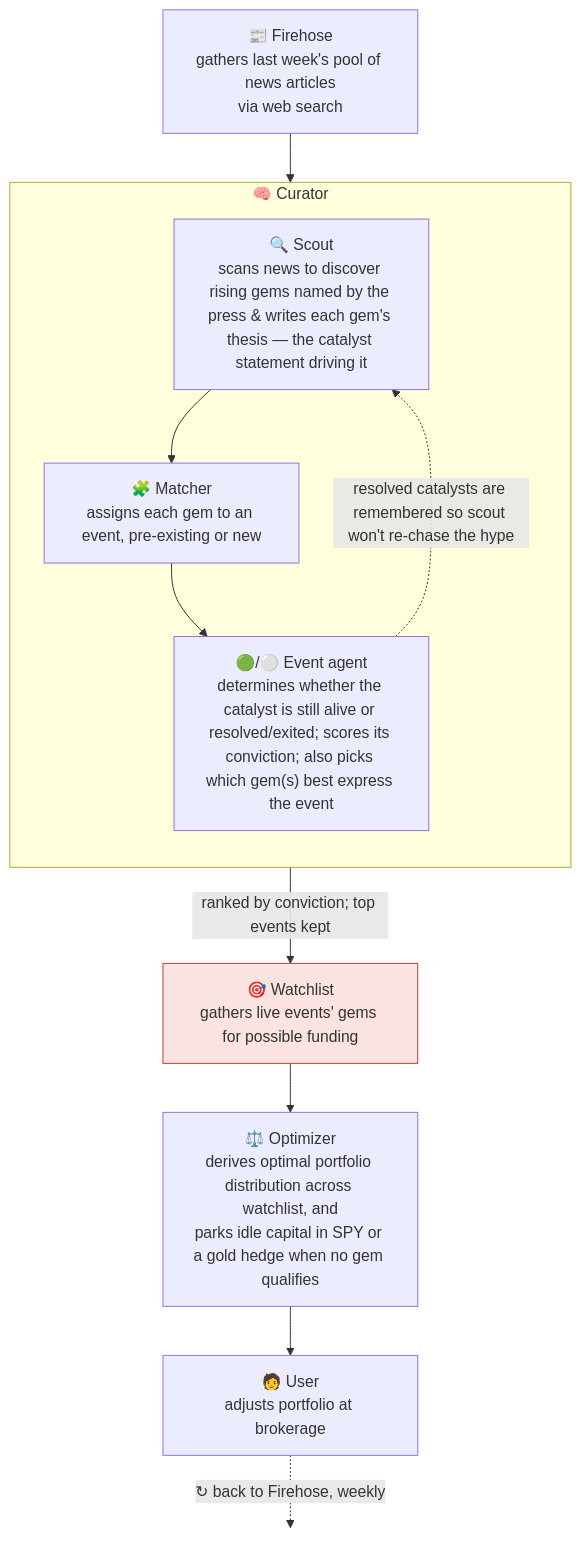
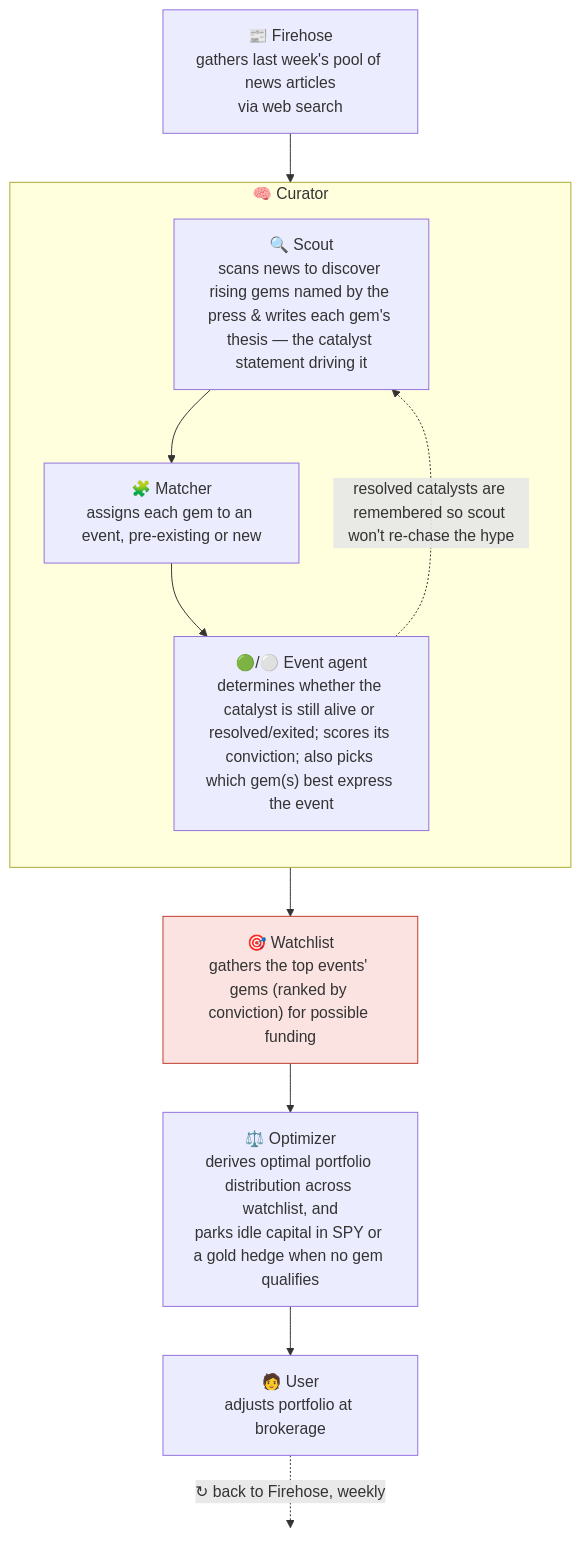
One commit to joehahn/geo-herd-rider changed the diagram in README.md. Above: the diagram before and after it, drawn with Mermaid.

Commit message:
README diagram: fold conviction ranking into the Watchlist box (drop the edge label)

````diff
--- a/README.md
+++ b/README.md
@@ -18,26 +18,26 @@
 ```mermaid
 flowchart TD
     S["📰 Firehose<br/>gathers last week's pool of news articles<br/>via web search"]
     S --> SC
 
     subgraph CUR["🧠 Curator"]
       direction TB
       SC["🔍 Scout<br/>scans news to discover rising gems named by the press & writes each gem's thesis — the catalyst statement driving it"]
       MA["🧩 Matcher<br/>assigns each gem to an event, pre-existing or new"]
       AG["🟢/⚪ Event agent<br/>determines whether the catalyst is still alive or resolved/exited; scores its conviction; also picks which gem(s) best express the event"]
       SC --> MA --> AG
     end
 
-    E["🎯 Watchlist<br/>gathers live events' gems for possible funding"]
+    E["🎯 Watchlist<br/>gathers the top events' gems (ranked by conviction) for possible funding"]
     W["⚖️ Optimizer<br/>derives optimal portfolio distribution across watchlist, and<br/>parks idle capital in SPY or a gold hedge when no gem qualifies"]
     U["🧑 User<br/>adjusts portfolio at brokerage"]
 
-    AG -- "ranked by conviction; top events kept" --> E
+    AG --> E
     AG -. "resolved catalysts are remembered so scout won't re-chase the hype" .-> SC
     E --> W --> U
     U -. "↻ back to Firehose, weekly" .-> X(( ))
     style X fill:none,stroke:none
 
     classDef bet fill:#fae3e0,stroke:#c0392b;
     class E bet
 ```
````
